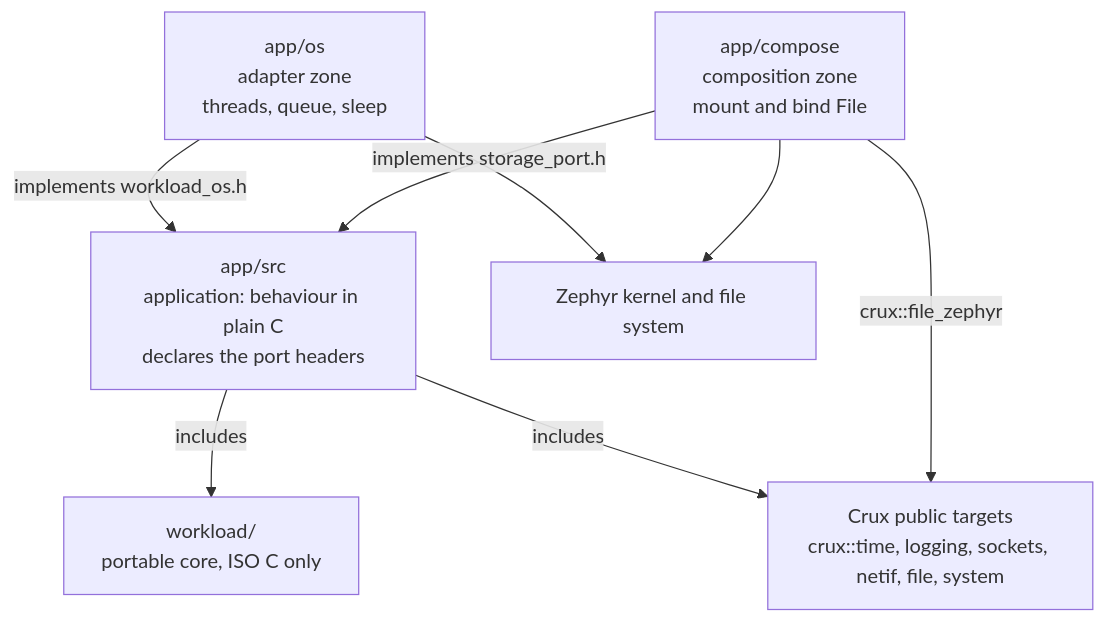
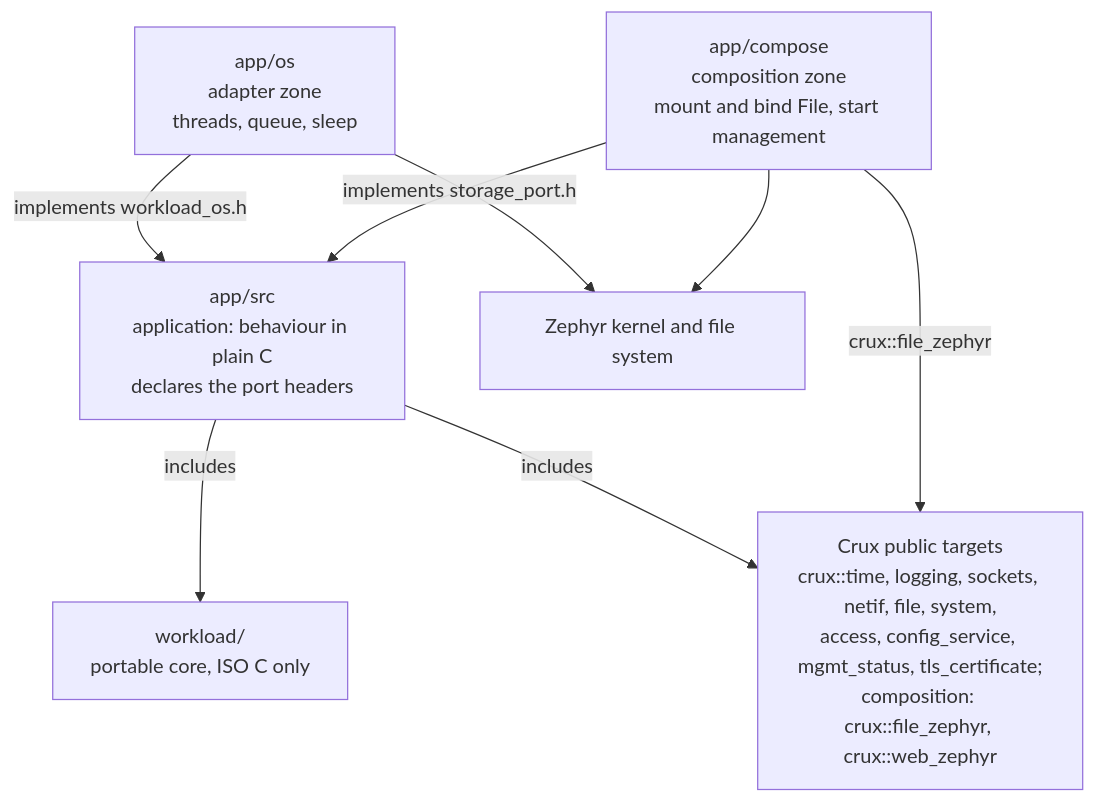
The diagram in docs/architecture.md (wonny-labs/crux-controller), drawn with Mermaid before and after one commit. The commit also changed other lines of this file and 5 other files, not shown here.

````diff
--- a/docs/architecture.md
+++ b/docs/architecture.md
@@ -38,16 +38,16 @@
 ```mermaid
 flowchart TD
     SRC["app/src<br/>application: behaviour in plain C<br/>declares the port headers"]
     WL["workload/<br/>portable core, ISO C only"]
     OS["app/os<br/>adapter zone<br/>threads, queue, sleep"]
-    COMP["app/compose<br/>composition zone<br/>mount and bind File"]
-    CRUX["Crux public targets<br/>crux::time, logging, sockets, netif, file, system"]
+    COMP["app/compose<br/>composition zone<br/>mount and bind File, start management"]
+    CRUX["Crux public targets<br/>crux::time, logging, sockets, netif, file, system,<br/>access, config_service, mgmt_status, tls_certificate;<br/>composition: crux::file_zephyr, crux::web_zephyr"]
     ZEPHYR["Zephyr kernel and file system"]
     SRC -->|includes| WL
     SRC -->|includes| CRUX
     OS -->|implements workload_os.h| SRC
     COMP -->|implements storage_port.h| SRC
     OS --> ZEPHYR
     COMP --> ZEPHYR
     COMP -->|crux::file_zephyr| CRUX
 ```
````
